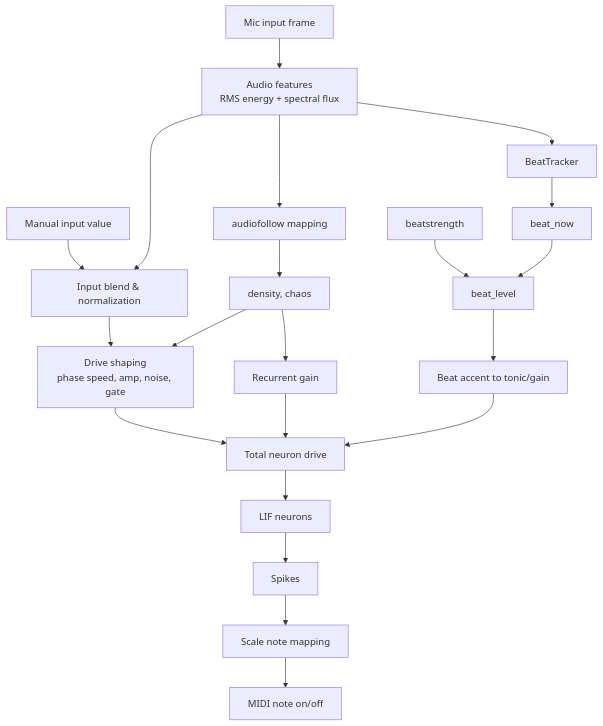
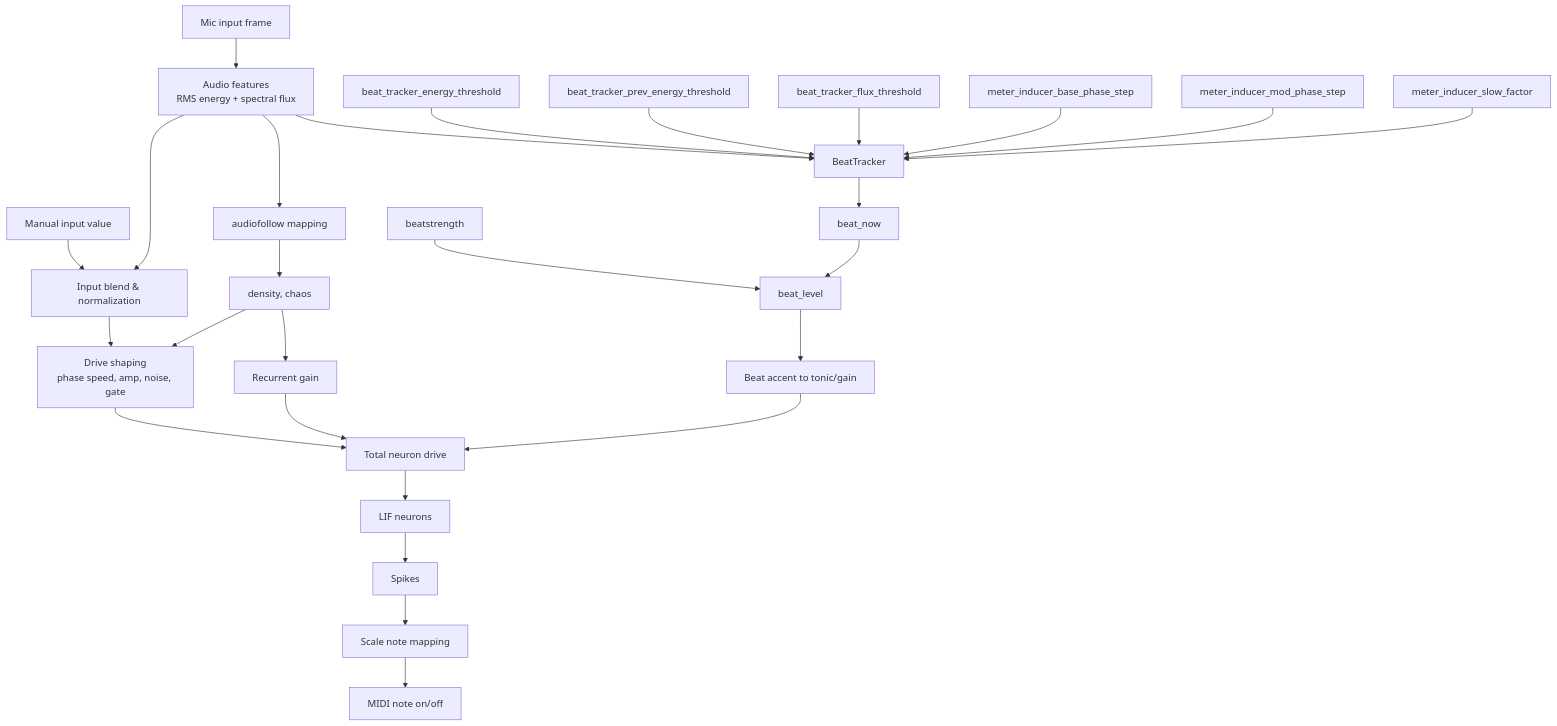
Before and after one commit to jaakkopee/HierarchicalLIFRhythmInterpreter: the diagram in README.md, drawn with Mermaid. The commit also changed other lines of this file, not shown here.

````diff
--- a/README.md
+++ b/README.md
@@ -63,23 +70,35 @@
 ```mermaid
 flowchart TD
     A[Mic input frame] --> B[Audio features<br/>RMS energy + spectral flux]
     M[Manual input value] --> C[Input blend & normalization]
     B --> C
     B --> D[audiofollow mapping]
     D --> E[density, chaos]
     B --> F[BeatTracker]
+    T1[beat_tracker_energy_threshold]
+    T2[beat_tracker_prev_energy_threshold]
+    T3[beat_tracker_flux_threshold]
+    M1[meter_inducer_base_phase_step]
+    M2[meter_inducer_mod_phase_step]
+    M3[meter_inducer_slow_factor]
+    T1 --> F
+    T2 --> F
+    T3 --> F
+    M1 --> F
+    M2 --> F
+    M3 --> F
     F --> G[beat_now]
     H[beatstrength] --> I[beat_level]
     G --> I
     E --> J[Drive shaping<br/>phase speed, amp, noise, gate]
     C --> J
     E --> K[Recurrent gain]
     I --> L[Beat accent to tonic/gain]
     J --> N[Total neuron drive]
     K --> N
     L --> N
     N --> O[LIF neurons]
     O --> P[Spikes]
     P --> Q[Scale note mapping]
     Q --> R[MIDI note on/off]
 ```
````
